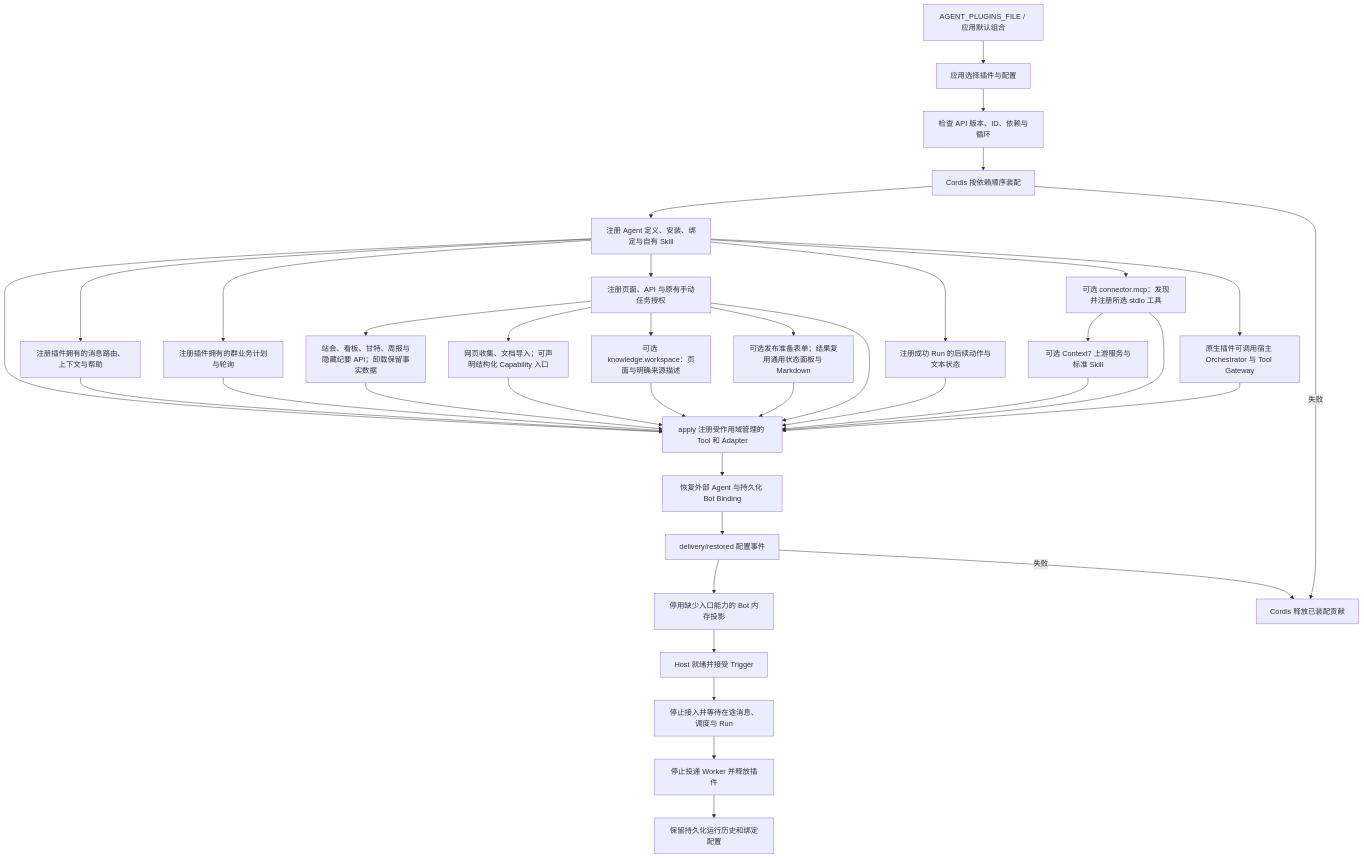
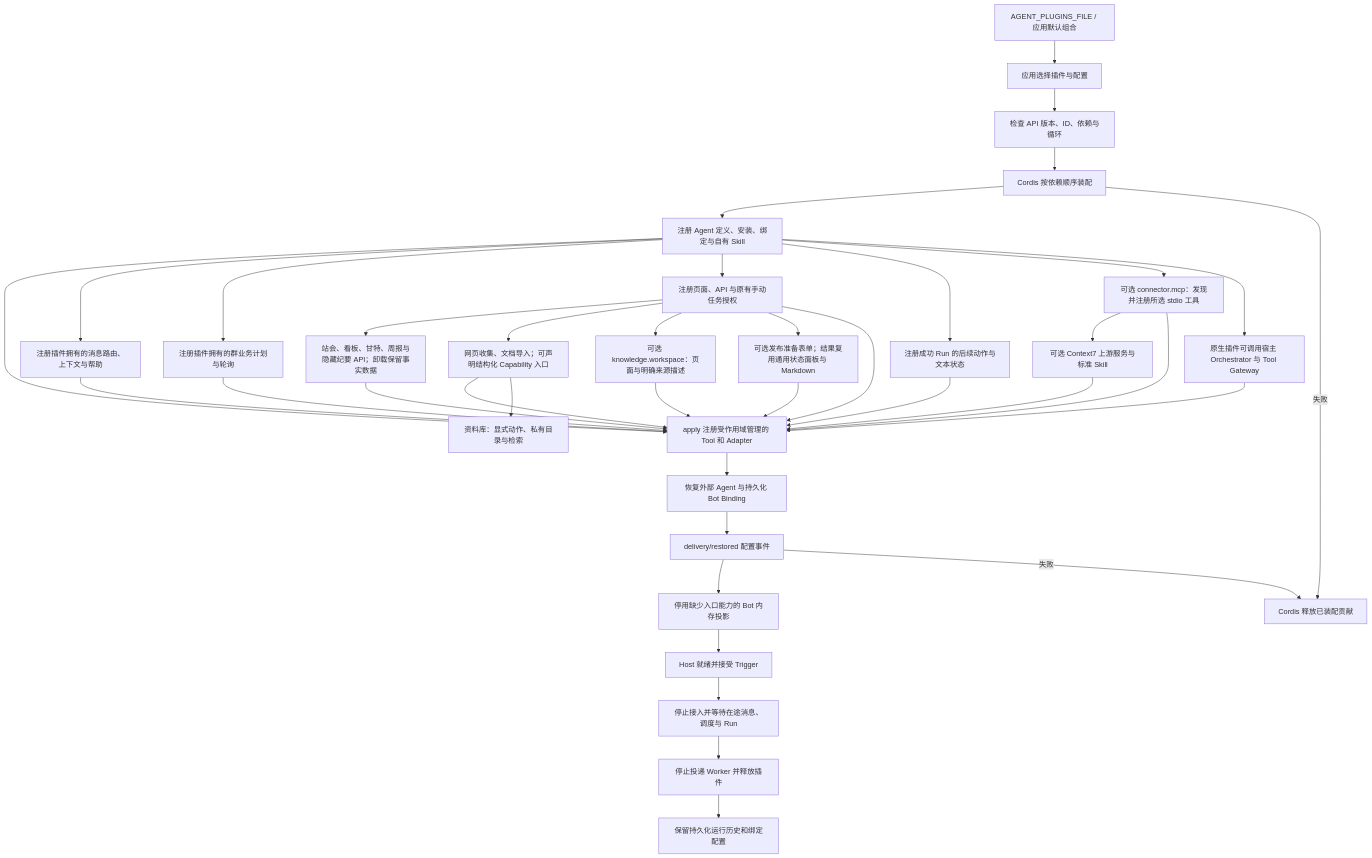
One commit to KlayPeter/AI-Delivery-Ops-Agent changed the diagram in backend/src/platform/plugins/FEATURE.md. Above: the diagram before and after it, drawn with Mermaid. The commit also changed other lines of this file and 29 other files, not shown here.

````diff
--- a/backend/src/platform/plugins/FEATURE.md
+++ b/backend/src/platform/plugins/FEATURE.md
@@ -21,39 +21,40 @@
 ```mermaid
 flowchart TD
     Y[AGENT_PLUGINS_FILE / 应用默认组合] --> A[应用选择插件与配置]
     A --> B[检查 API 版本、ID、依赖与循环]
     B --> C[Cordis 按依赖顺序装配]
     C --> D[注册 Agent 定义、安装、绑定与自有 Skill]
     D --> E[apply 注册受作用域管理的 Tool 和 Adapter]
     D --> MR[注册插件拥有的消息路由、上下文与帮助]
     MR --> E
     D --> SJ[注册插件拥有的群业务计划与轮询]
     SJ --> E
     D --> WEB[注册页面、API 与原有手动任务授权]
     WEB --> VIS[站会、看板、甘特、周报与隐藏纪要 API；卸载保留事实数据]
     VIS --> E
     WEB --> COL[网页收集、文档导入；可声明结构化 Capability 入口]
     COL --> E
     WEB --> KW[可选 knowledge.workspace：页面与明确来源描述]
     KW --> E
     WEB --> RELEASE[可选发布准备表单；结果复用通用状态面板与 Markdown]
     RELEASE --> E
     WEB --> E
     D --> RA[注册成功 Run 的后续动作与文本状态]
     RA --> E
     D --> MCP[可选 connector.mcp：发现并注册所选 stdio 工具]
     MCP --> C7[可选 Context7 上游服务与标准 Skill]
     C7 --> E
     MCP --> E
     D --> NS[原生插件可调用宿主 Orchestrator 与 Tool Gateway]
     NS --> E
     E --> F[恢复外部 Agent 与持久化 Bot Binding]
     F --> G[delivery/restored 配置事件]
     G --> H[停用缺少入口能力的 Bot 内存投影]
     H --> I[Host 就绪并接受 Trigger]
     C -- 失败 --> X[Cordis 释放已装配贡献]
     G -- 失败 --> X
     I --> J[停止接入并等待在途消息、调度与 Run]
     J --> K[停止投递 Worker 并释放插件]
     K --> L[保留持久化运行历史和绑定配置]
+    COL --> KLIB[资料库：显式动作、私有目录与检索]
 ```
````
